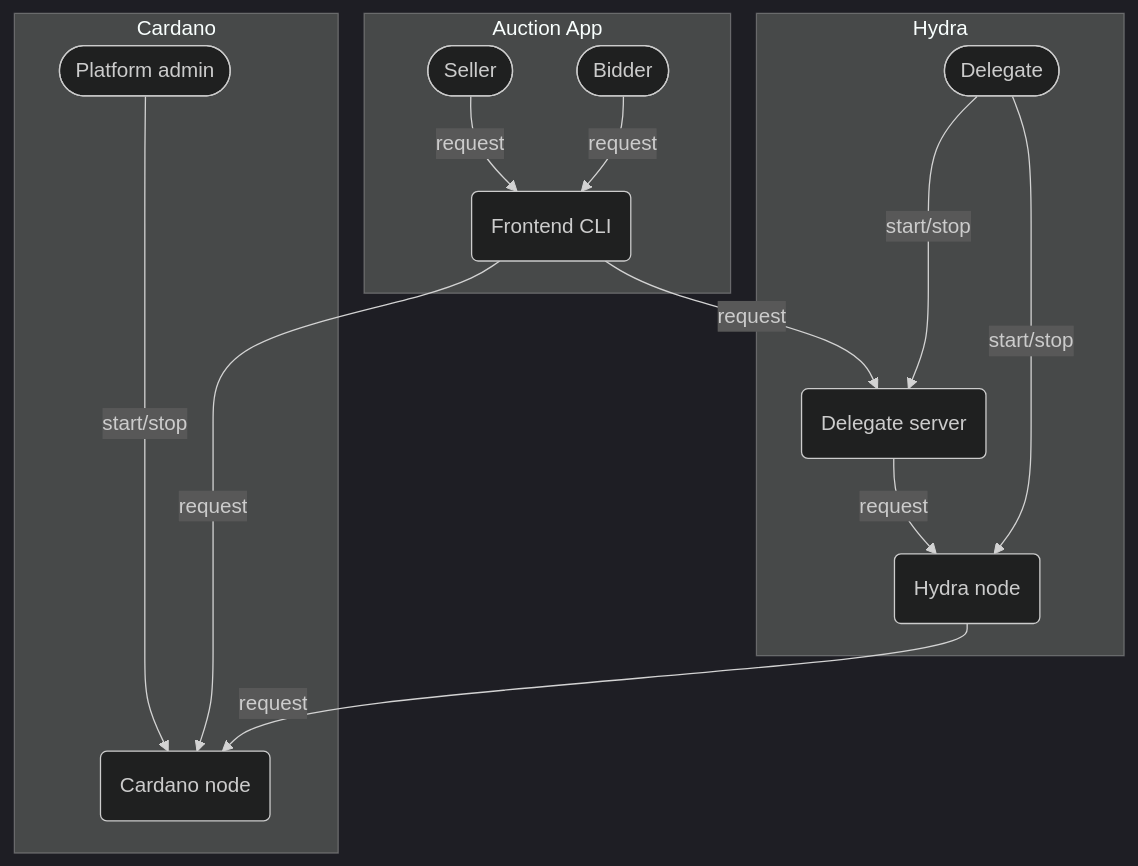
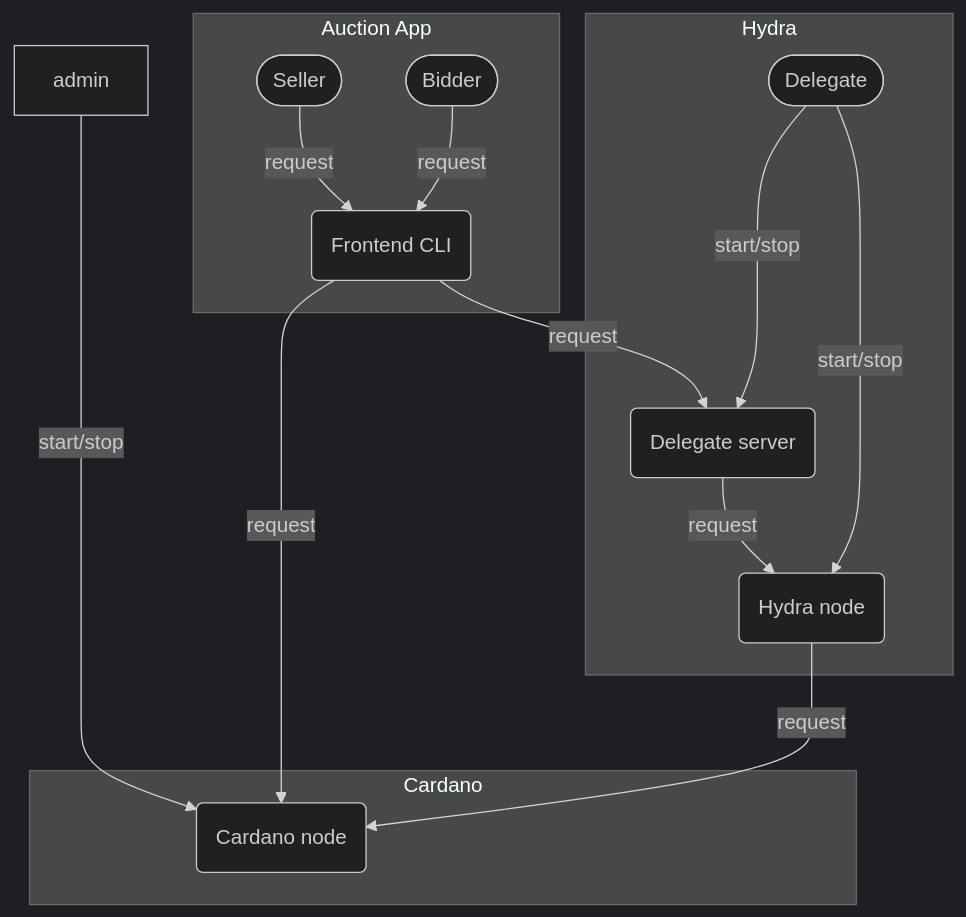
The diagram in doc/off_chain_spec.md (mlabs-haskell/hydra-auction), drawn with Mermaid (dark theme) before and after one commit. The commit also changed other lines of this file, not shown here.

Commit message:
Remove Platform admin

````diff
--- a/doc/off_chain_spec.md
+++ b/doc/off_chain_spec.md
@@ -7,29 +7,28 @@
 ```mermaid
 flowchart TB
   subgraph Auction App
     seller([Seller])
     bidder([Bidder])
     frontend(Frontend CLI)
   end
 
   subgraph Hydra
     delegate([Delegate])
     delegateServer(Delegate server)
     hydraNode(Hydra node)
   end
 
   subgraph Cardano
-    admin([Platform admin])
     cardanoNode(Cardano node)
   end
 
   admin -- start/stop -----> cardanoNode
   seller -- request --> frontend
   bidder -- request --> frontend
   frontend -- request --> cardanoNode
   frontend -- request --> delegateServer
   delegateServer -- request --> hydraNode
   delegate -- start/stop ---> delegateServer
   delegate -- start/stop ---> hydraNode
   hydraNode -- request --> cardanoNode
 ```
````
